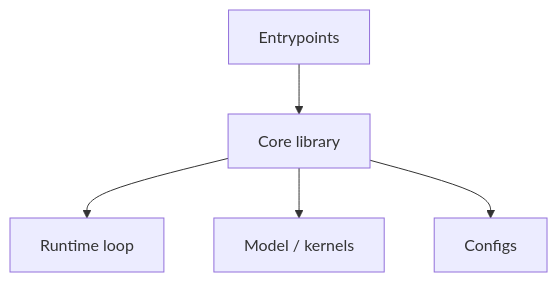
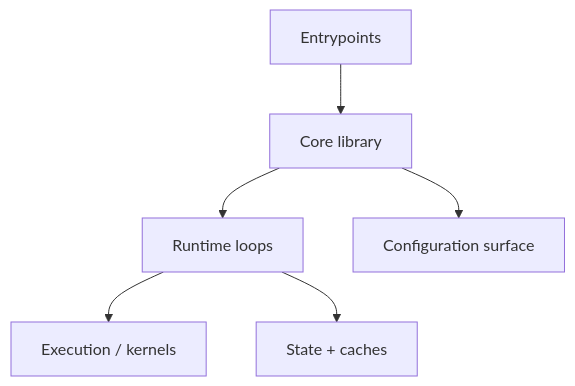
The diagram in skills/uv-repo-analysis/assets/repo_analysis_template.md (uv-xiao/pkbllm), drawn with Mermaid before and after one commit. The commit also changed other lines of this file and 59 other files, not shown here.

````diff
--- a/skills/uv-repo-analysis/assets/repo_analysis_template.md
+++ b/skills/uv-repo-analysis/assets/repo_analysis_template.md
@@ -19,7 +19,8 @@
 ```mermaid
 flowchart TB
-  A[Entrypoints] --> B[Core library]
-  B --> C[Runtime loop]
-  B --> D[Model / kernels]
-  B --> E[Configs]
+  EP[Entrypoints] --> CORE[Core library]
+  CORE --> LOOP[Runtime loops]
+  CORE --> CFG[Configuration surface]
+  LOOP --> EXEC[Execution / kernels]
+  LOOP --> CACHE[State + caches]
 ```
````
